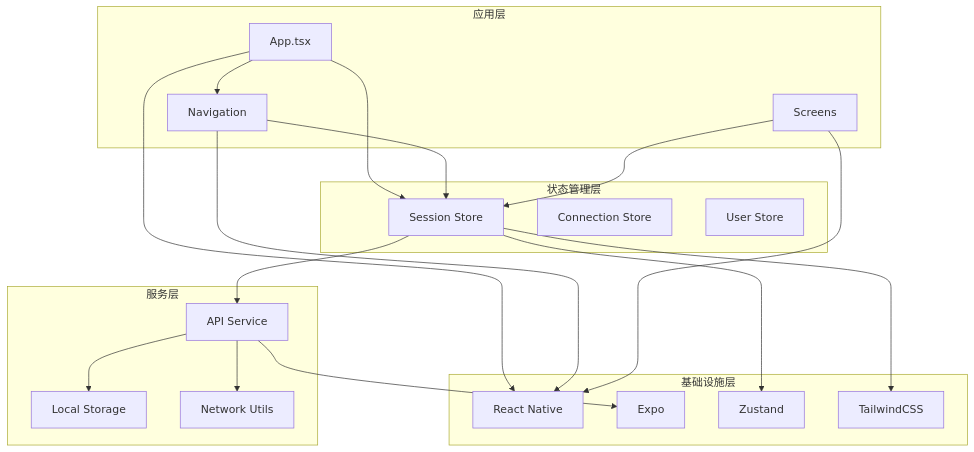
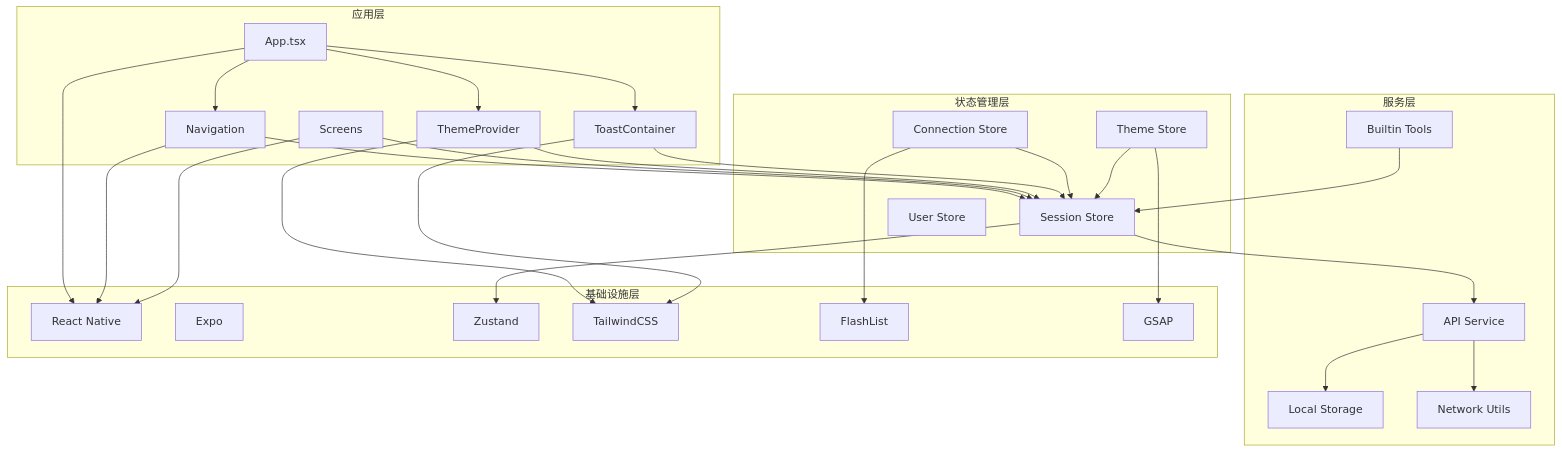
Before and after one commit to AvatoLabs/avato: diagram 14 of 14 in .qoder/repowiki/zh/content/开发指南/移动端开发指南.md, drawn with Mermaid. The commit also changed other lines of this file and 158 other files, not shown here.

````diff
--- a/.qoder/repowiki/zh/content/开发指南/移动端开发指南.md
+++ b/.qoder/repowiki/zh/content/开发指南/移动端开发指南.md
@@ -301,37 +580,51 @@
 ```mermaid
 graph TB
 subgraph "应用层"
 A[App.tsx]
 B[Navigation]
 C[Screens]
+D[ThemeProvider]
+E[ToastContainer]
 end
 subgraph "状态管理层"
-D[Session Store]
-E[Connection Store]
-F[User Store]
+F[Session Store]
+G[Connection Store]
+H[Theme Store]
+I[User Store]
 end
 subgraph "服务层"
-G[API Service]
-H[Local Storage]
-I[Network Utils]
+J[API Service]
+K[Local Storage]
+L[Network Utils]
+M[Builtin Tools]
 end
 subgraph "基础设施层"
-J[React Native]
-K[Expo]
-L[Zustand]
-M[TailwindCSS]
+N[React Native]
+O[Expo]
+P[Zustand]
+Q[TailwindCSS]
+R[FlashList]
+S[GSAP]
 end
 A --> B
 A --> D
-B --> D
-C --> D
-D --> G
-G --> H
-G --> I
-D --> L
-A --> J
-B --> J
-C --> J
-G --> K
-D --> M
+A --> E
+B --> F
+C --> F
+D --> F
+E --> F
+F --> J
+G --> F
+H --> F
+J --> K
+J --> L
+M --> F
+F --> P
+A --> N
+B --> N
+C --> N
+D --> Q
+E --> Q
+G --> R
+H --> S
 ```
````
